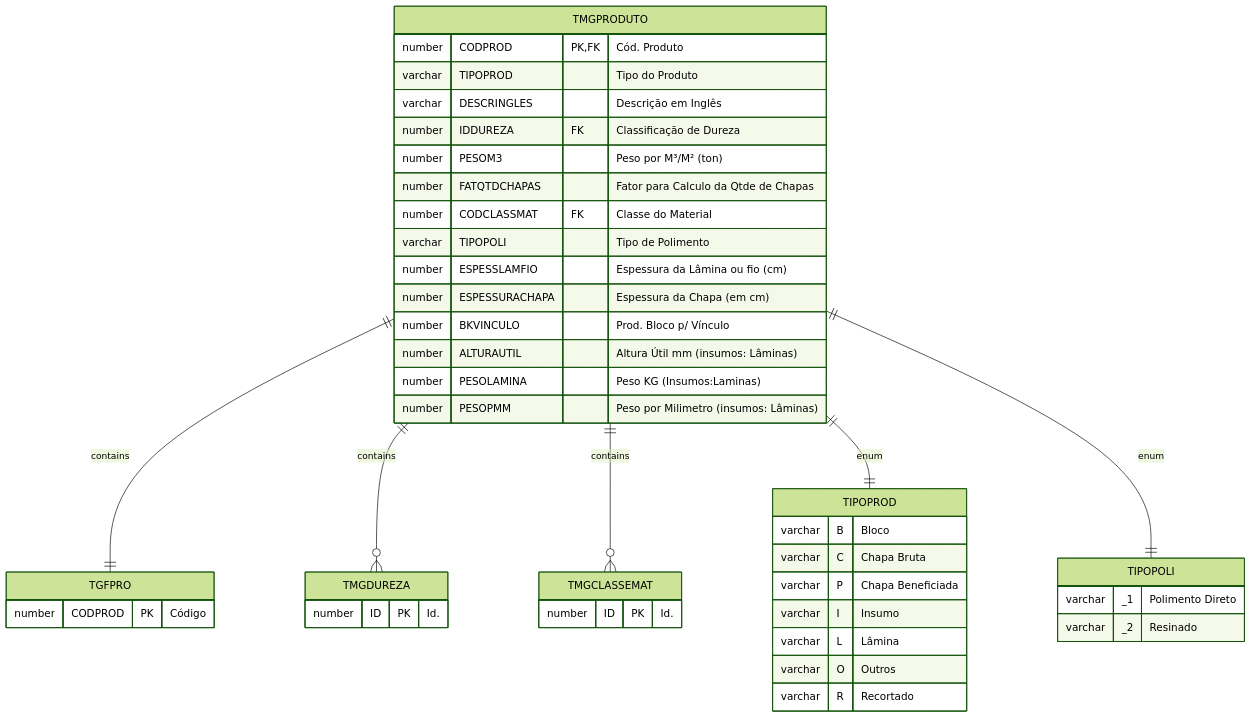
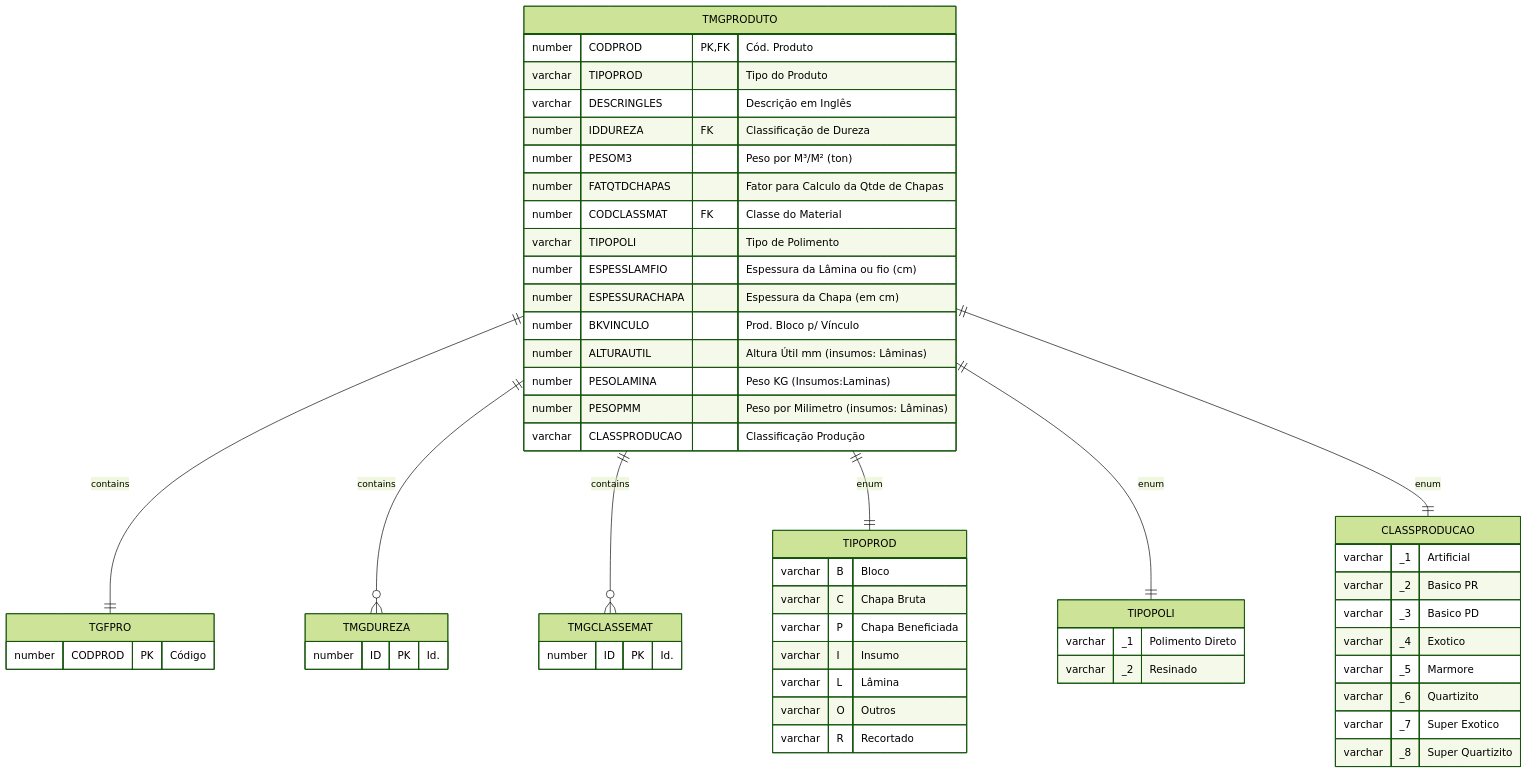
Before and after one commit to cbmsoft/margrandocs: the diagram in docs/_database/TMGPRODUTO.md, drawn with Mermaid (forest theme). The commit also changed other lines of this file and 2 other files, not shown here.

Commit message:
docs: atualizacoes ficha e produto

````diff
--- a/docs/_database/TMGPRODUTO.md
+++ b/docs/_database/TMGPRODUTO.md
@@ -40,47 +40,59 @@
 ```mermaid
 erDiagram
     TMGPRODUTO ||--|| TGFPRO : contains
     TMGPRODUTO ||--o{ TMGDUREZA : contains
     TMGPRODUTO ||--o{ TMGCLASSEMAT : contains
     TMGPRODUTO ||--|| TIPOPROD : enum
     TMGPRODUTO ||--|| TIPOPOLI : enum
+    TMGPRODUTO ||--|| CLASSPRODUCAO : enum
 
     TMGPRODUTO {
         number CODPROD PK,FK "Cód. Produto"
         varchar TIPOPROD "Tipo do Produto"
         varchar DESCRINGLES "Descrição em Inglês"
         number IDDUREZA FK "Classificação de Dureza"
         number PESOM3 "Peso por M³/M² (ton)"
         number FATQTDCHAPAS "Fator para Calculo da Qtde de Chapas"
         number CODCLASSMAT FK "Classe do Material"
         varchar TIPOPOLI "Tipo de Polimento"
         number ESPESSLAMFIO "Espessura da Lâmina ou fio (cm)"
         number ESPESSURACHAPA "Espessura da Chapa (em cm)"
         number BKVINCULO "Prod. Bloco p/ Vínculo"
         number ALTURAUTIL "Altura Útil mm (insumos: Lâminas)"
         number PESOLAMINA "Peso KG (Insumos:Laminas)"
         number PESOPMM "Peso por Milimetro (insumos: Lâminas)"
+        varchar CLASSPRODUCAO "Classificação Produção"
     }
     TGFPRO {
         number CODPROD PK "Código"
     }
     TMGDUREZA {
         number ID PK "Id."
     }
     TMGCLASSEMAT {
         number ID PK "Id."
     }
     TIPOPROD {
         varchar B "Bloco"
         varchar C "Chapa Bruta"
         varchar P "Chapa Beneficiada"
         varchar I "Insumo"
         varchar L "Lâmina"
         varchar O "Outros"
         varchar R "Recortado"
     }
     TIPOPOLI {
         varchar _1 "Polimento Direto"
         varchar _2 "Resinado"
     }
+    CLASSPRODUCAO {
+        varchar _1 "Artificial"
+        varchar _2 "Basico PR"
+        varchar _3 "Basico PD"
+        varchar _4 "Exotico"
+        varchar _5 "Marmore"
+        varchar _6 "Quartizito"
+        varchar _7 "Super Exotico"
+        varchar _8 "Super Quartizito"
+    }
 ```
````
